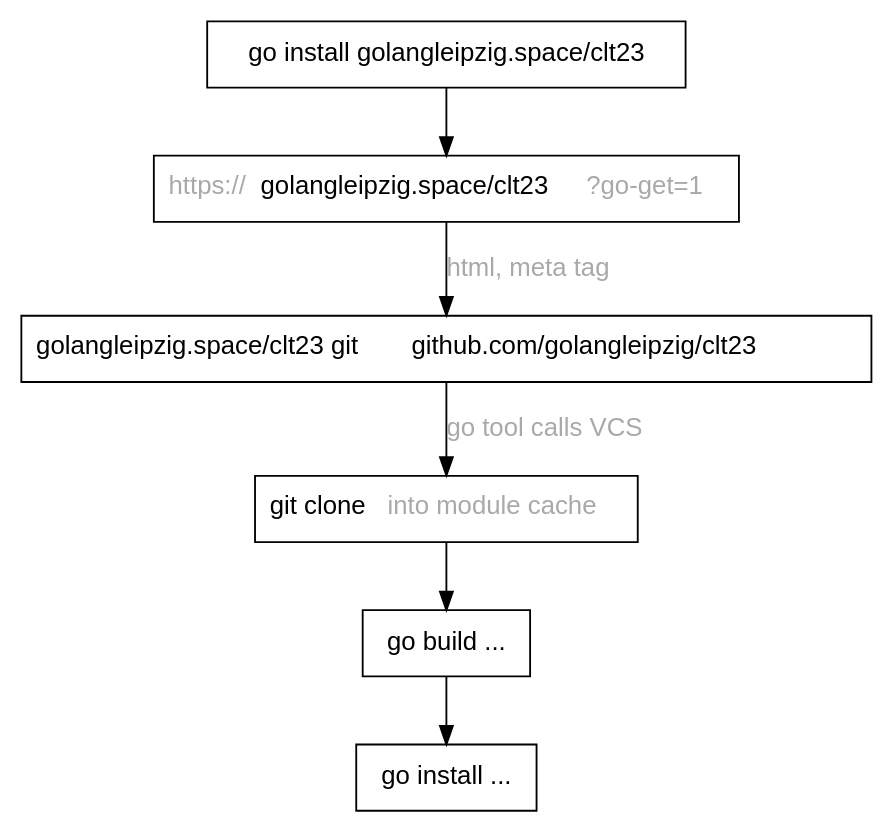
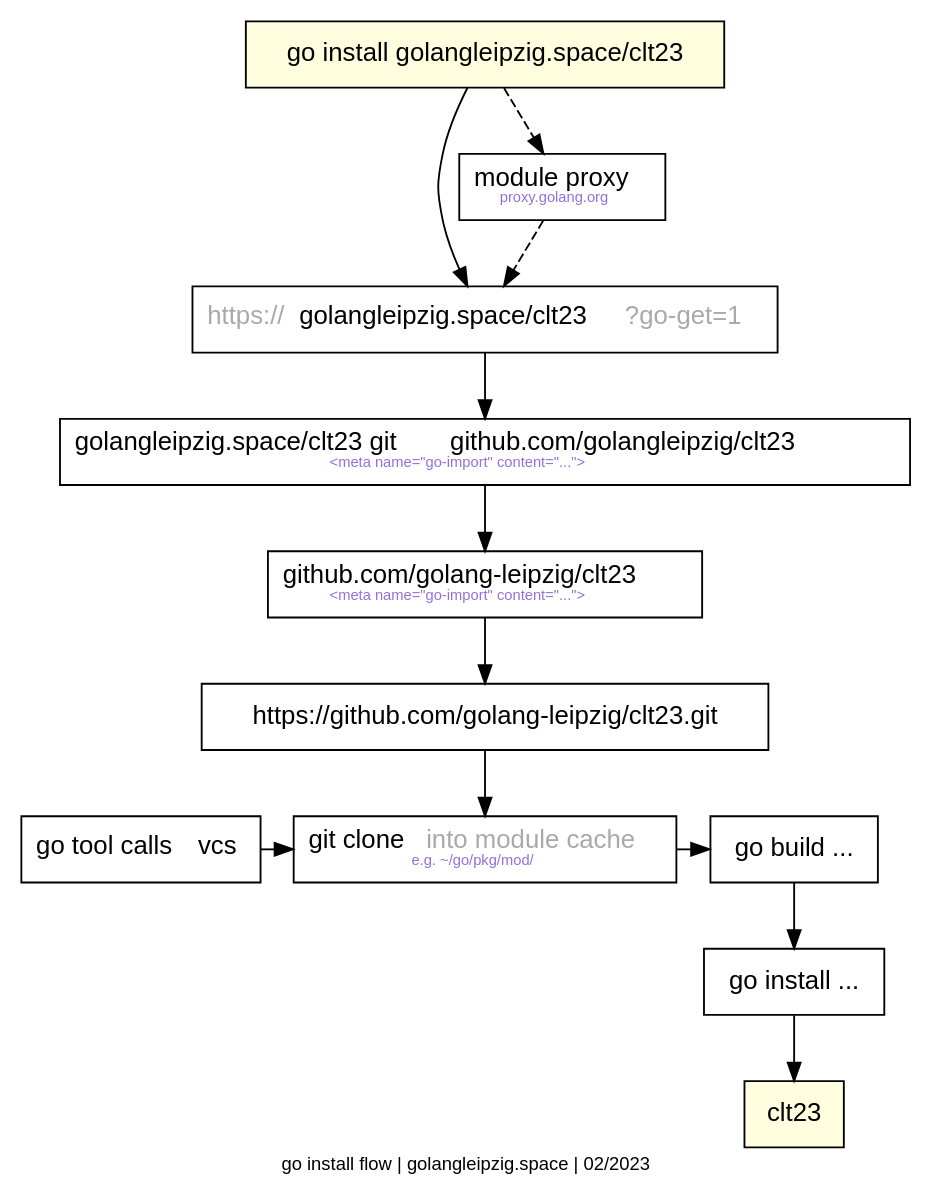
One commit to golang-leipzig/clt23 changed the diagram in flow.dot. Above: the diagram before and after it, drawn with Graphviz. The commit also changed 1 other file, not shown here.

Commit message:
tweak flow

```diff
--- a/flow.dot
+++ b/flow.dot
@@ -1,16 +1,35 @@
 digraph g {
+    label="go install flow | golangleipzig.space | 02/2023" fontsize="10";
     graph [fontname="AvantGarde-Book"];
     node [fontname="AvantGarde-Book" shape="box" pad=0.7];
     edge [fontname="AvantGarde-Book"];
 
+    "go install golangleipzig.space/clt23" [style="filled" fillcolor="lightyellow"];
     "golangleipzig.space/clt23" [label=<<FONT COLOR="darkgray">https://</FONT>golangleipzig.space/clt23<FONT COLOR="darkgray">?go-get=1</FONT>>];
     "git clone" [label=<git clone <FONT COLOR="darkgray">https://...</FONT>>];
-    "github.com/golangleipzig/clt23" [label=<golangleipzig.space/clt23 git <B>github.com/golangleipzig/clt23</B>>];
-    "git clone" [label=<git clone <FONT COLOR="darkgray">into module cache</FONT>>];
+    "meta" [label=<golangleipzig.space/clt23 git <B>github.com/golangleipzig/clt23</B><BR/><FONT COLOR="mediumpurple" POINT-SIZE="8">&lt;meta name="go-import" content="..."&gt;</FONT>>];
+    "repo" [label=<github.com/golang-leipzig/clt23<BR/><FONT COLOR="mediumpurple" POINT-SIZE="8">&lt;meta name="go-import" content="..."&gt;</FONT>>];
+    "git clone" [label=<git clone <FONT COLOR="darkgray">into module cache</FONT><BR/><FONT COLOR="mediumpurple" POINT-SIZE="8">e.g. ~/go/pkg/mod/</FONT>>];
+    "module proxy" [label=<module proxy<BR/><FONT POINT-SIZE="8" COLOR="mediumpurple">proxy.golang.org</FONT>>];
+    "repourl" [label="https://github.com/golang-leipzig/clt23.git"];
+    "go tool calls vcs" [label=<go tool calls <B>vcs</B>>];
+    "clt23" [style="filled" fillcolor="lightyellow"];
 
     "go install golangleipzig.space/clt23" -> "golangleipzig.space/clt23";
-    "golangleipzig.space/clt23" -> "github.com/golangleipzig/clt23" [label=<<FONT COLOR="darkgray">html, meta tag</FONT>> labeldistance=4];
-    "github.com/golangleipzig/clt23" -> "git clone" [label=<<FONT COLOR="darkgray">go tool calls VCS</FONT>>];
-    "git clone" -> "go build ...";
+
+    "go install golangleipzig.space/clt23" -> "module proxy" [style="dashed"];
+    "module proxy" -> "golangleipzig.space/clt23" [style="dashed"];
+
+    "golangleipzig.space/clt23" -> "meta";
+    "meta" -> "repo";
+    "repo" -> "repourl";
+    "repourl" -> "git clone";
     "go build ..." -> "go install ...";
+
+    {
+        rank="same";
+        "go tool calls vcs" -> "git clone";
+        "git clone" -> "go build ...";
+    }
+    "go install ..." -> "clt23";
 }
```
